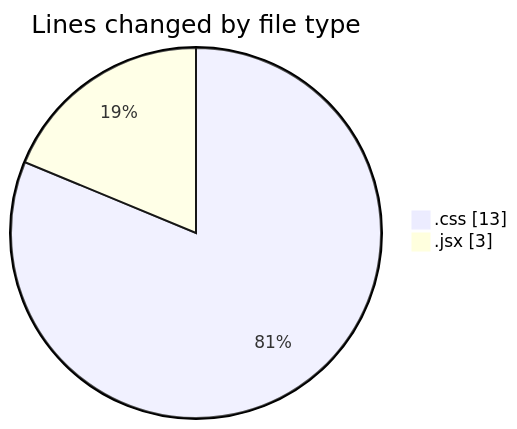
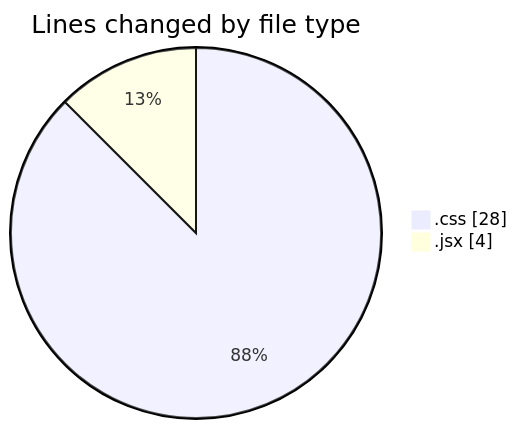
One commit to Elitesun/code-tracking changed the first of 2 diagrams in 2025-02-14/elitegpt/README.md. Above: the diagram before and after it, drawn with Mermaid. The commit also changed other lines of this file and 1 other file, not shown here.

````diff
--- a/2025-02-14/elitegpt/README.md
+++ b/2025-02-14/elitegpt/README.md
@@ -22,6 +23,6 @@
 ```mermaid
 pie showData
 title Lines changed by file type
-".css" : 13
-".jsx" : 3
+".css" : 28
+".jsx" : 4
 ```
````
